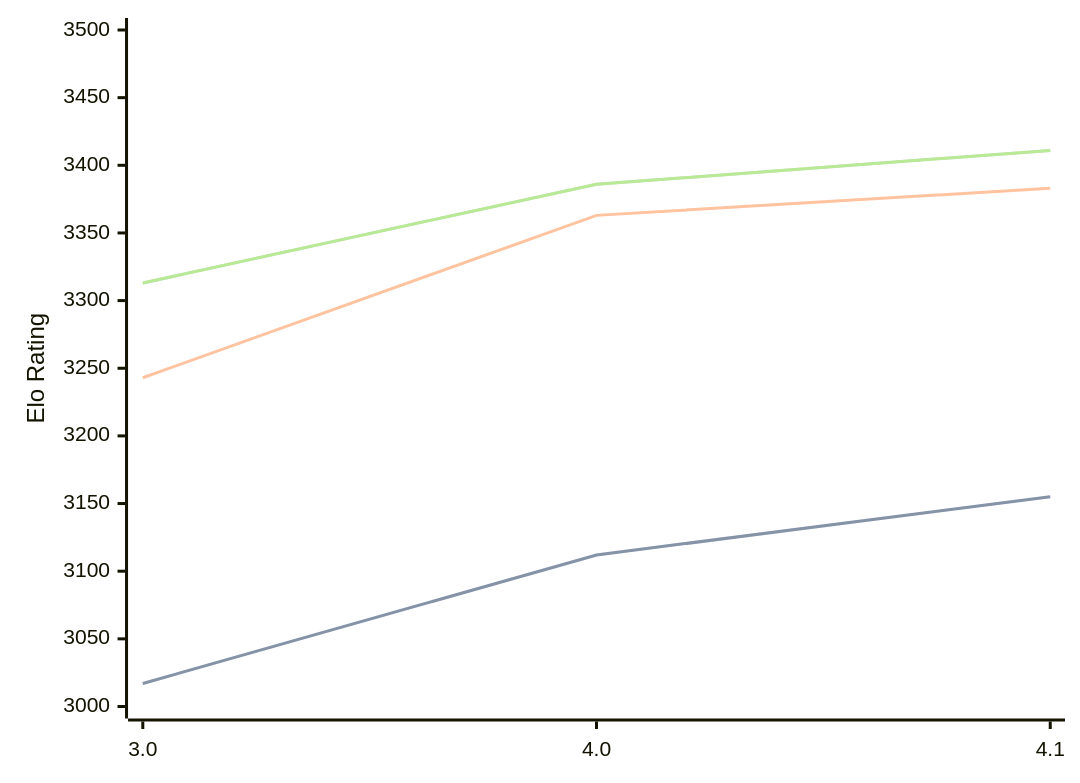
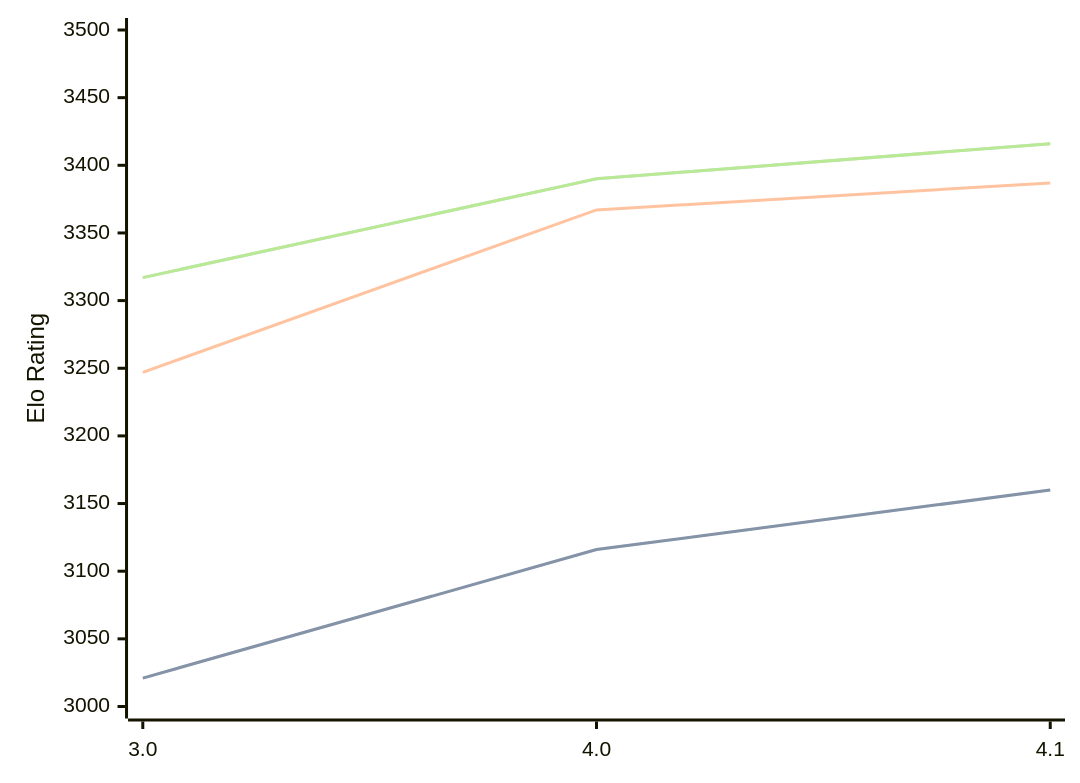
One commit to computer-chess-index/cci changed the diagram in engines/Eleanor.md. Above: the diagram before and after it, drawn with Mermaid. The commit also changed other lines of this file, not shown here.

Commit message:
Update CCI Ratings (ELO VLTC) - 2026-08-18

````diff
--- a/engines/Eleanor.md
+++ b/engines/Eleanor.md
@@ -33,11 +33,11 @@
 ```mermaid
 %%{init: {"theme":"base","themeVariables":{"seriesColors:['#a3a3a3','#222221','#faa371']}}}%%
 xychart-beta
   x-axis ["3.0", "4.0", "4.1"]
   y-axis "Elo Rating" 3000 --> 3500
-  line "STC (8.0+0.08s)" [3017, 3112, 3155]
-  line "STC (8.0+0.08s)" [3017, 3112, 3155]
-  line "LTC (60.0+0.60s)" [3243, 3363, 3383]
-  line "VLTC (2m24s+1.12s)" [3313, 3386, 3411]
-  line "VLTC (2m24s+1.12s)" [3313, 3386, 3411]
+  line "STC (8.0+0.08s)" [3021, 3116, 3160]
+  line "STC (8.0+0.08s)" [3021, 3116, 3160]
+  line "LTC (60.0+0.60s)" [3247, 3367, 3387]
+  line "VLTC (2m24s+1.12s)" [3317, 3390, 3416]
+  line "VLTC (2m24s+1.12s)" [3317, 3390, 3416]
 ```
````
